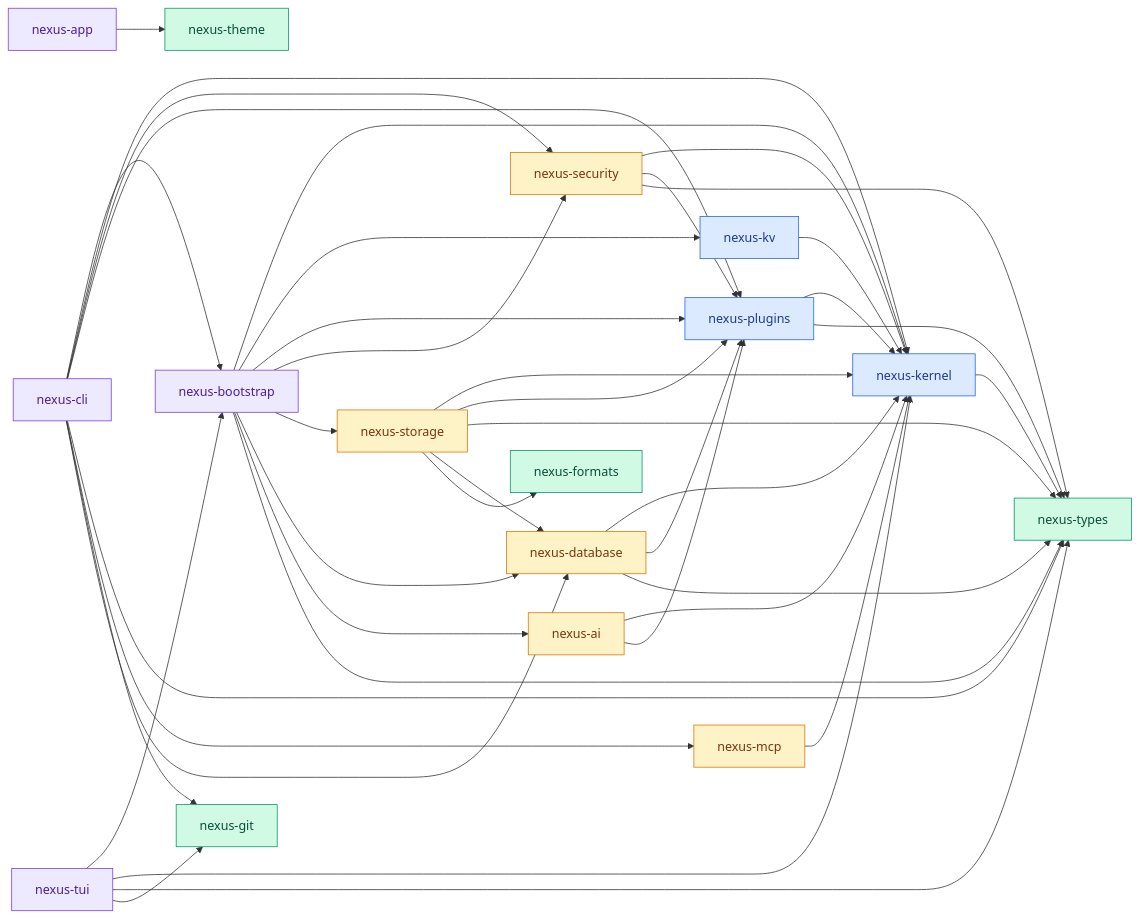
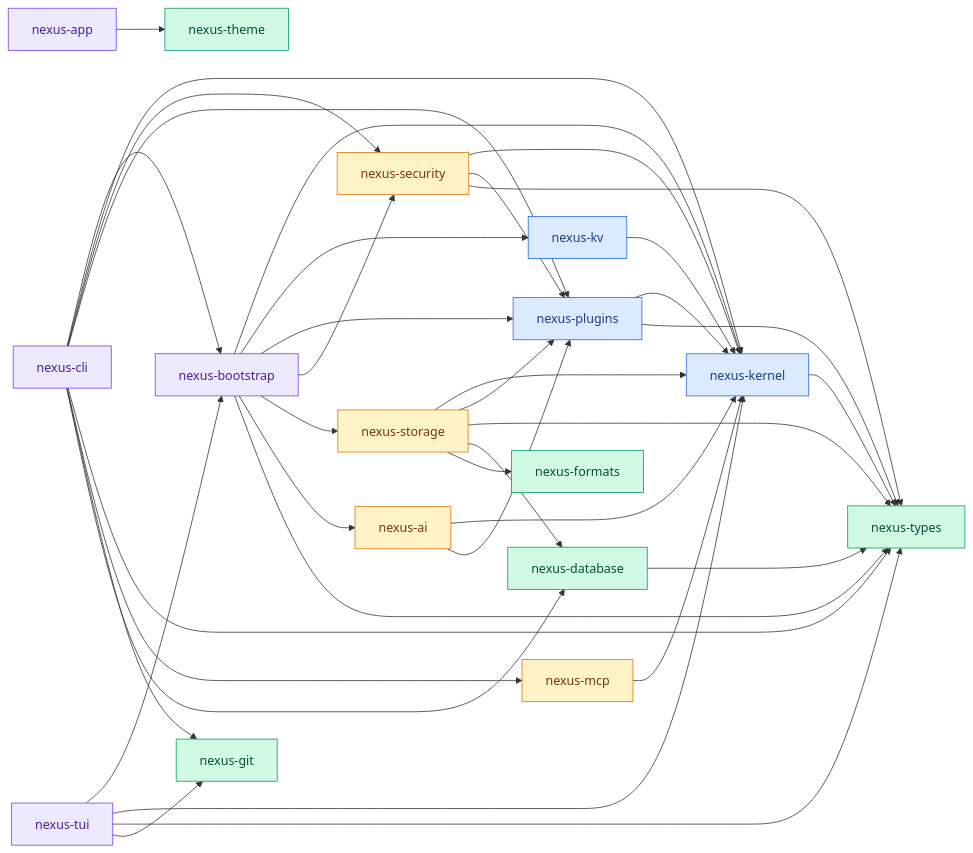
Diagram 15 of 23 in docs/ARCHITECTURE.md (baileyrd/nexus), drawn with Mermaid before and after one commit. The commit also changed other lines of this file and 13 other files, not shown here.

````diff
--- a/docs/ARCHITECTURE.md
+++ b/docs/ARCHITECTURE.md
@@ -816,73 +819,70 @@
 ```mermaid
 flowchart LR
     types[nexus-types]
     kernel[nexus-kernel]
     kv[nexus-kv]
     plugins[nexus-plugins]
     security[nexus-security]
     formats[nexus-formats]
     database[nexus-database]
     storage[nexus-storage]
     ai[nexus-ai]
     mcp[nexus-mcp]
     theme[nexus-theme]
     git[nexus-git]
     bootstrap[nexus-bootstrap]
     cli[nexus-cli]
     tui[nexus-tui]
     app[nexus-app]
 
     kernel --> types
     kv --> kernel
     plugins --> kernel
     plugins --> types
     security --> kernel
     security --> plugins
     security --> types
-    database --> kernel
-    database --> plugins
     database --> types
     storage --> kernel
     storage --> plugins
     storage --> types
     storage --> database
     storage --> formats
     ai --> kernel
     ai --> plugins
     mcp --> kernel
 
     bootstrap --> kernel
     bootstrap --> kv
     bootstrap --> plugins
     bootstrap --> security
     bootstrap --> storage
-    bootstrap --> database
     bootstrap --> ai
     bootstrap --> types
 
     cli --> bootstrap
     cli --> kernel
     cli --> security
     cli --> plugins
     cli --> types
     cli --> mcp
     cli --> git
     cli --> database
 
     tui --> bootstrap
     tui --> kernel
     tui --> types
     tui --> git
 
     app --> theme
 
     classDef leaf fill:#d1fae5,stroke:#059669,color:#064e3b;
     classDef core fill:#dbeafe,stroke:#2563eb,color:#1e3a8a;
     classDef plugin fill:#fef3c7,stroke:#d97706,color:#78350f;
     classDef binary fill:#ede9fe,stroke:#7c3aed,color:#4c1d95;
 
-    class types,formats,git,theme leaf
+    class types,formats,git,theme,database leaf
     class kernel,kv,plugins core
-    class storage,ai,database,security,mcp plugin
+    class storage,ai,security,mcp plugin
     class bootstrap,cli,tui,app binary
 ```
````
